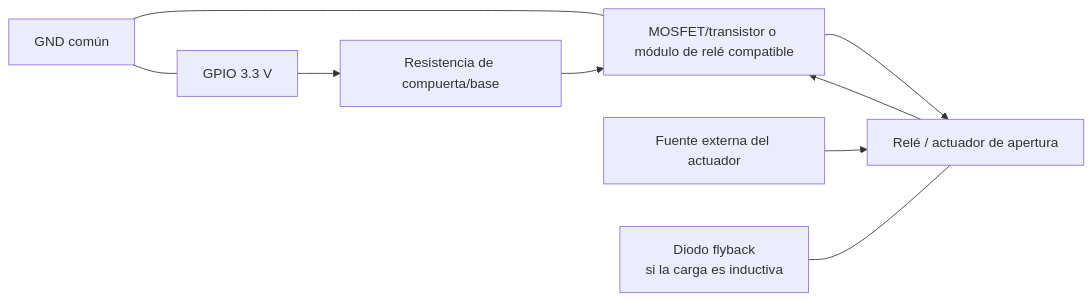
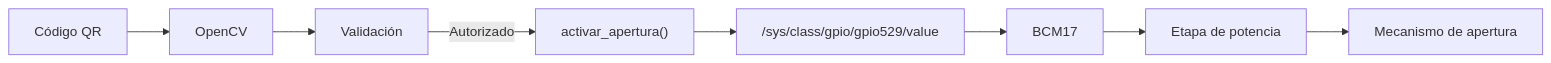
The seventh of 9 diagrams in docs/05_circuito_gpio.md (VeroC25/Project_1_Embebidos), drawn with Mermaid before and after one commit. The commit also changed other lines of this file, not shown here.

````diff
--- a/docs/05_circuito_gpio.md
+++ b/docs/05_circuito_gpio.md
@@ -34,11 +374,10 @@
 ```mermaid
 flowchart LR
-    GPIO["GPIO 3.3 V"] --> RG["Resistencia de compuerta/base"]
-    RG --> SW["MOSFET/transistor o módulo de relé compatible"]
-    SW --> ACT["Relé / actuador de apertura"]
-    PSU["Fuente externa del actuador"] --> ACT
-    ACT --> SW
-    D["Diodo flyback<br/>si la carga es inductiva"] --- ACT
-    GND["GND común"] --- SW
-    GND --- GPIO
+    QR["Código QR"] --> CV["OpenCV"]
+    CV --> AUTH["Validación"]
+    AUTH -->|"Autorizado"| PY["activar_apertura()"]
+    PY --> SYSFS["/sys/class/gpio/gpio529/value"]
+    SYSFS --> GPIO["BCM17"]
+    GPIO --> DRIVER["Etapa de potencia"]
+    DRIVER --> ACT["Mecanismo de apertura"]
 ```
````
